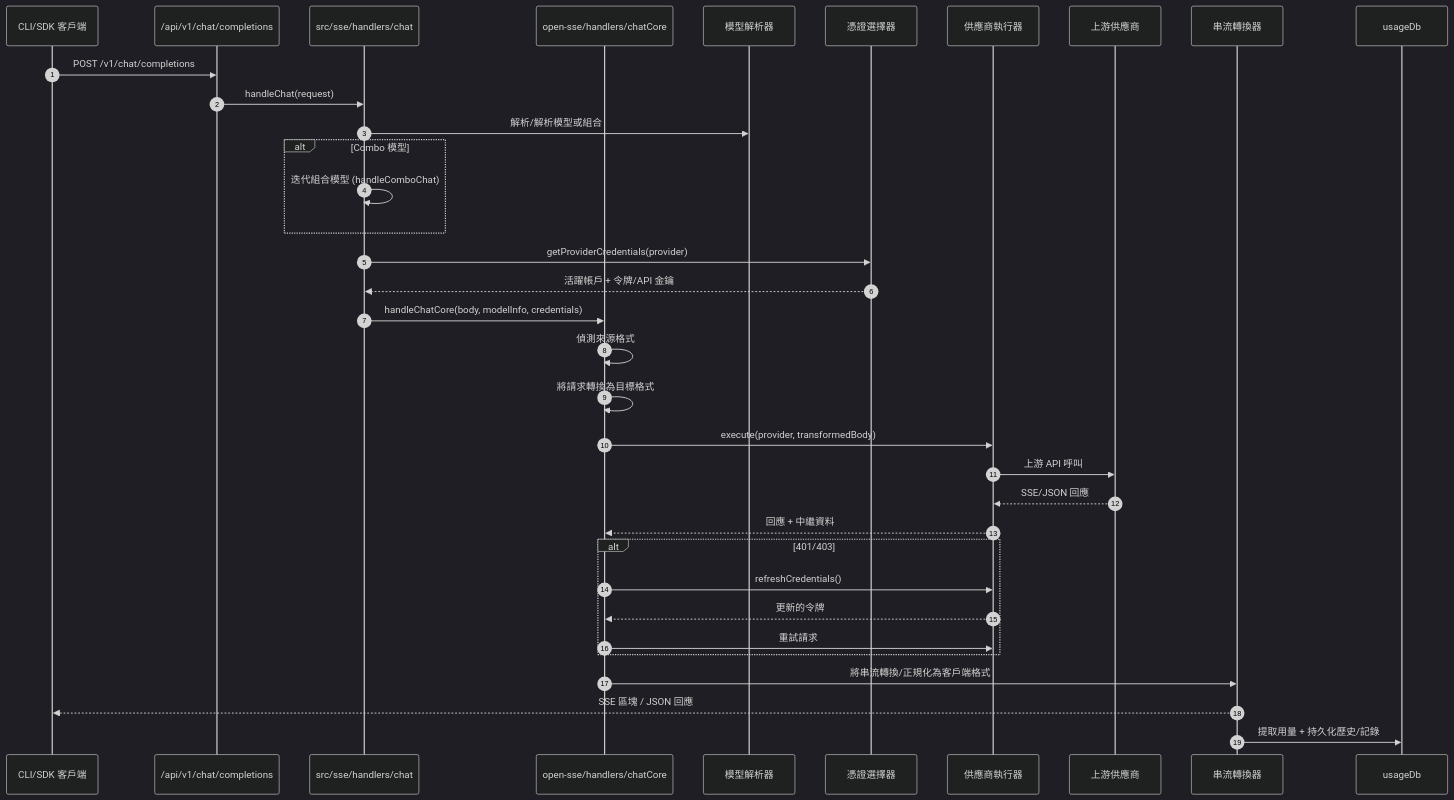
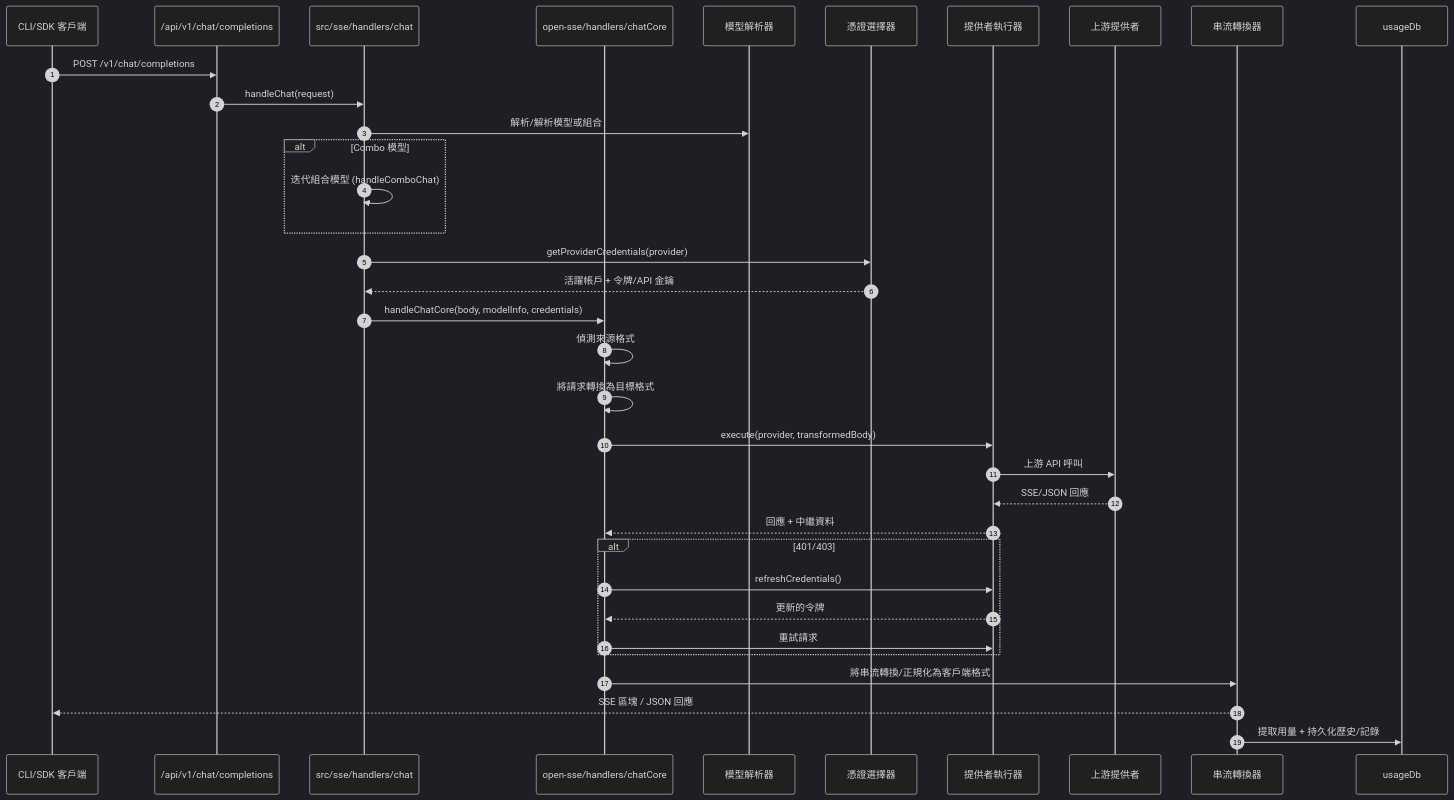
Before and after one commit to gabrielmoreira/agent-skills-mirror: the second of 7 diagrams in mirrors/repos/diegosouzapw@OmniRoute/docs/i18n/zh-TW/docs/architecture/ARCHITECTURE.md, drawn with Mermaid (dark theme). The commit also changed other lines of this file and 1979 other files, not shown here.

````diff
--- a/mirrors/repos/diegosouzapw@OmniRoute/docs/i18n/zh-TW/docs/architecture/ARCHITECTURE.md
+++ b/mirrors/repos/diegosouzapw@OmniRoute/docs/i18n/zh-TW/docs/architecture/ARCHITECTURE.md
@@ -532,44 +532,44 @@
 ```mermaid
 sequenceDiagram
     autonumber
     participant Client as CLI/SDK 客戶端
     participant Route as /api/v1/chat/completions
     participant Chat as src/sse/handlers/chat
     participant Core as open-sse/handlers/chatCore
     participant Model as 模型解析器
     participant Auth as 憑證選擇器
-    participant Exec as 供應商執行器
-    participant Prov as 上游供應商
+    participant Exec as 提供者執行器
+    participant Prov as 上游提供者
     participant Stream as 串流轉換器
     participant Usage as usageDb
 
     Client->>Route: POST /v1/chat/completions
     Route->>Chat: handleChat(request)
     Chat->>Model: 解析/解析模型或組合
 
     alt Combo 模型
         Chat->>Chat: 迭代組合模型 (handleComboChat)
     end
 
     Chat->>Auth: getProviderCredentials(provider)
     Auth-->>Chat: 活躍帳戶 + 令牌/API 金鑰
 
     Chat->>Core: handleChatCore(body, modelInfo, credentials)
     Core->>Core: 偵測來源格式
     Core->>Core: 將請求轉換為目標格式
     Core->>Exec: execute(provider, transformedBody)
     Exec->>Prov: 上游 API 呼叫
     Prov-->>Exec: SSE/JSON 回應
     Exec-->>Core: 回應 + 中繼資料
 
     alt 401/403
         Core->>Exec: refreshCredentials()
         Exec-->>Core: 更新的令牌
         Core->>Exec: 重試請求
     end
 
     Core->>Stream: 將串流轉換/正規化為客戶端格式
     Stream-->>Client: SSE 區塊 / JSON 回應
 
     Stream->>Usage: 提取用量 + 持久化歷史/記錄
 ```
````
